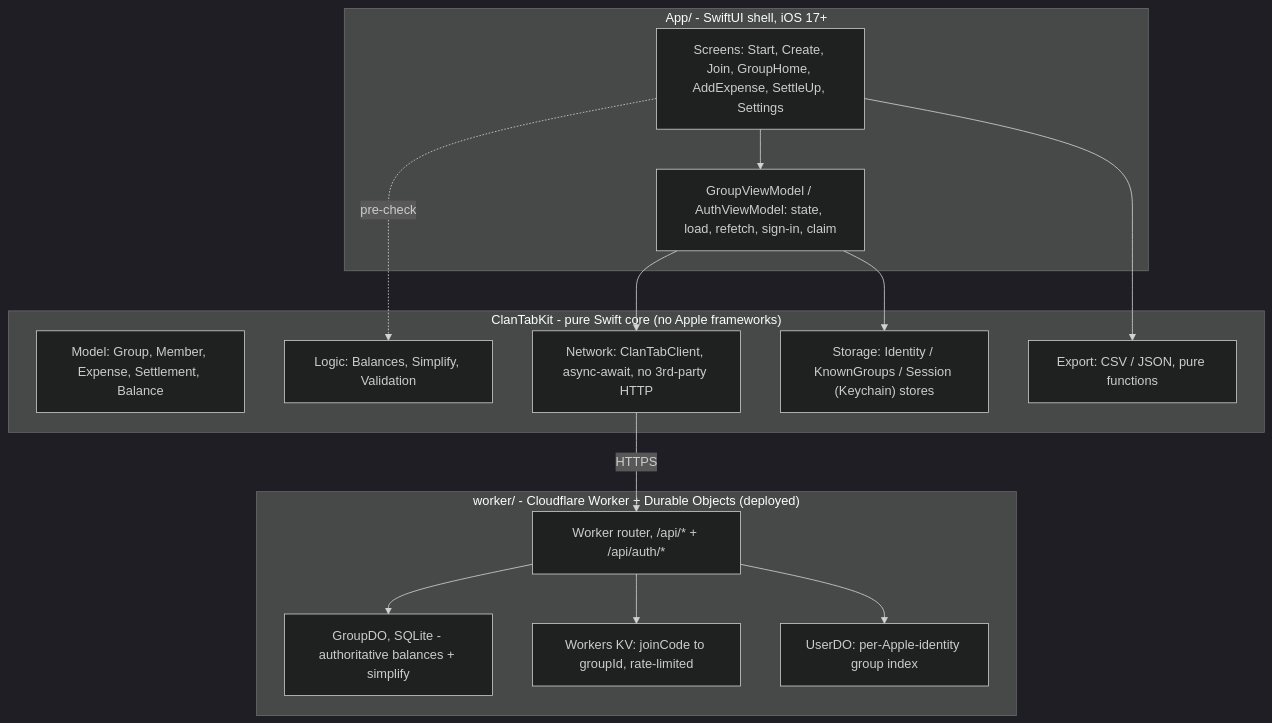
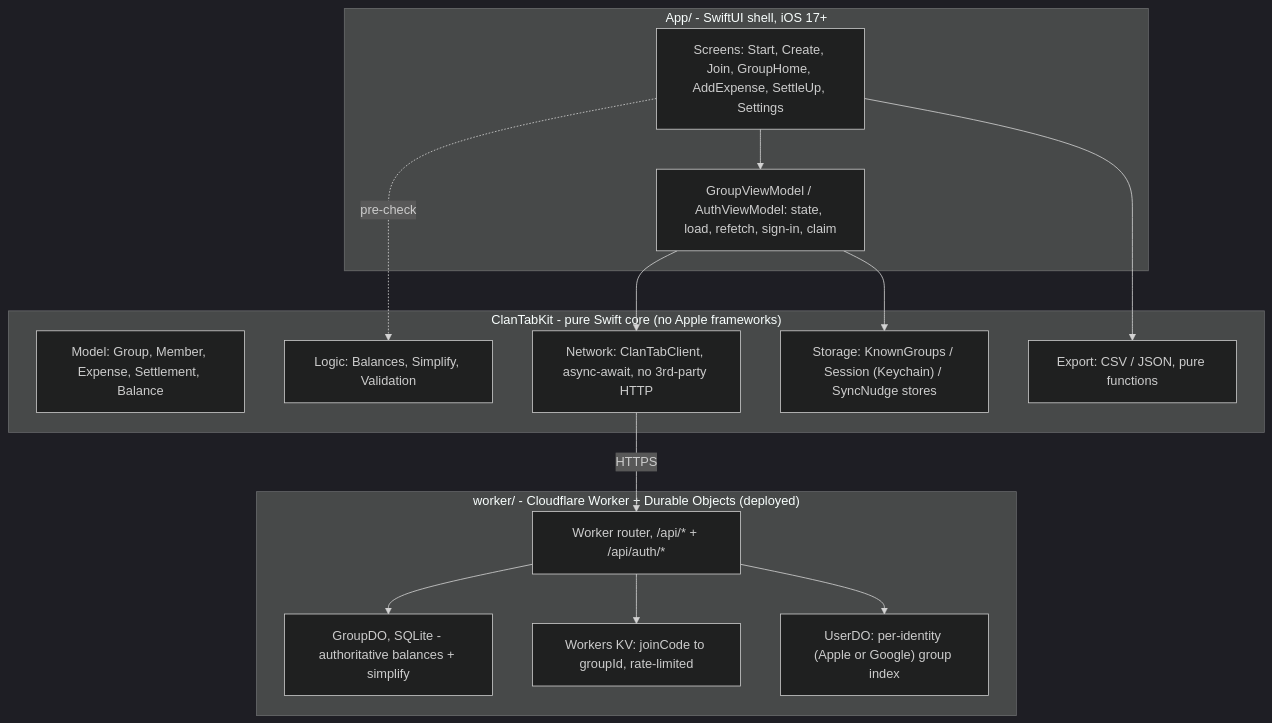
The diagram in README.md (nakka-labs/clantab-ios), drawn with Mermaid (dark theme) before and after one commit. The commit also changed other lines of this file and 21 other files, not shown here.

````diff
--- a/README.md
+++ b/README.md
@@ -51,32 +53,32 @@
 ```mermaid
 flowchart TB
     subgraph app["App/ - SwiftUI shell, iOS 17+"]
         screens["Screens: Start, Create, Join, GroupHome, AddExpense, SettleUp, Settings"]
         vm["GroupViewModel / AuthViewModel: state, load, refetch, sign-in, claim"]
         screens --> vm
     end
 
     subgraph kit["ClanTabKit - pure Swift core (no Apple frameworks)"]
         model["Model: Group, Member, Expense, Settlement, Balance"]
         logic["Logic: Balances, Simplify, Validation"]
         client["Network: ClanTabClient, async-await, no 3rd-party HTTP"]
-        store["Storage: Identity / KnownGroups / Session (Keychain) stores"]
+        store["Storage: KnownGroups / Session (Keychain) / SyncNudge stores"]
         export["Export: CSV / JSON, pure functions"]
     end
 
     vm --> client
     vm --> store
     screens --> export
     screens -.->|"pre-check"| logic
     client -->|HTTPS| worker
 
     subgraph backend["worker/ - Cloudflare Worker + Durable Objects (deployed)"]
         worker["Worker router, /api/* + /api/auth/*"]
         groupdo["GroupDO, SQLite - authoritative balances + simplify"]
         joincodes["Workers KV: joinCode to groupId, rate-limited"]
-        userdo["UserDO: per-Apple-identity group index"]
+        userdo["UserDO: per-identity (Apple or Google) group index"]
         worker --> groupdo
         worker --> joincodes
         worker --> userdo
     end
 ```
````
